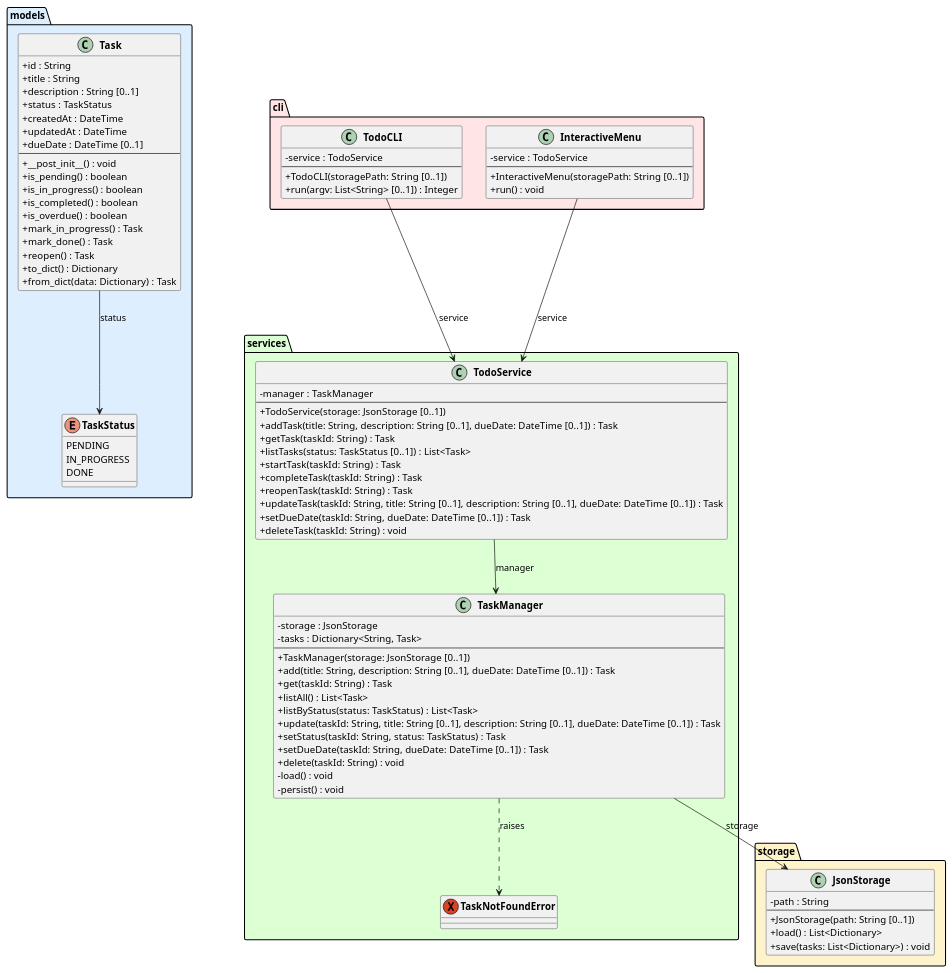
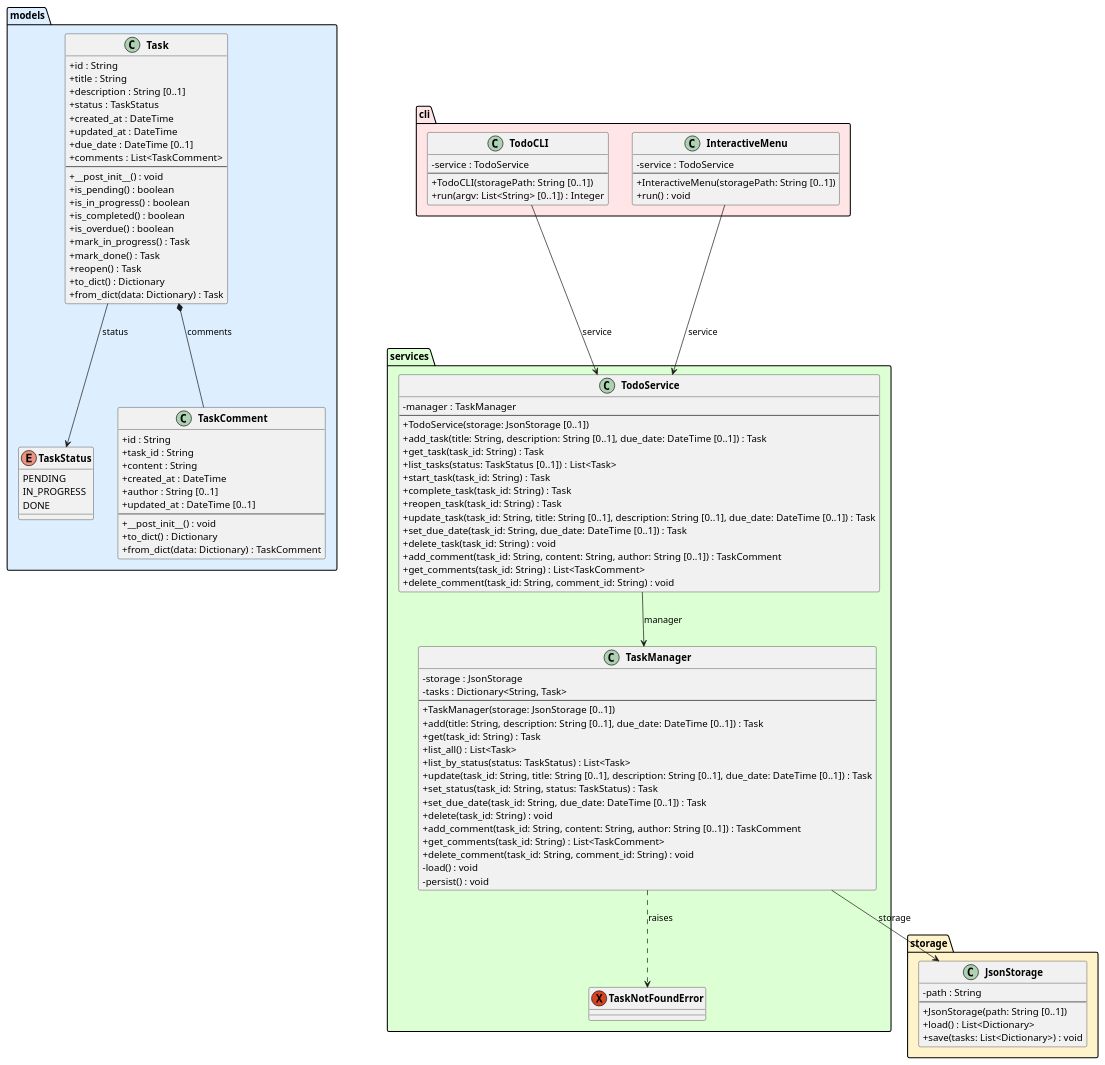
The diagram in experiments/pipeline/user_stories/TODO/artifacts/class_diagram.puml (DanielRiha8906/Software_autoevolution_using_agents), drawn with PlantUML before and after one commit. The commit also changed 9 other files, not shown here.

```diff
--- a/experiments/pipeline/user_stories/TODO/artifacts/class_diagram.puml
+++ b/experiments/pipeline/user_stories/TODO/artifacts/class_diagram.puml
@@ -1,104 +1,125 @@
 @startuml class_diagram
 
 skinparam classAttributeIconSize 0
 skinparam classFontStyle bold
 
 package "models" #DDEEFF {
     enum TaskStatus {
         PENDING
         IN_PROGRESS
         DONE
     }
 
     class Task {
         +id : String
         +title : String
         +description : String [0..1]
         +status : TaskStatus
-        +createdAt : DateTime
-        +updatedAt : DateTime
-        +dueDate : DateTime [0..1]
+        +created_at : DateTime
+        +updated_at : DateTime
+        +due_date : DateTime [0..1]
+        +comments : List<TaskComment>
         --
         +__post_init__() : void
         +is_pending() : boolean
         +is_in_progress() : boolean
         +is_completed() : boolean
         +is_overdue() : boolean
         +mark_in_progress() : Task
         +mark_done() : Task
         +reopen() : Task
         +to_dict() : Dictionary
         +from_dict(data: Dictionary) : Task
+    }
+
+    class TaskComment {
+        +id : String
+        +task_id : String
+        +content : String
+        +created_at : DateTime
+        +author : String [0..1]
+        +updated_at : DateTime [0..1]
+        --
+        +__post_init__() : void
+        +to_dict() : Dictionary
+        +from_dict(data: Dictionary) : TaskComment
     }
 }
 
 package "storage" #FFF3CC {
     class JsonStorage {
         -path : String
         --
         +JsonStorage(path: String [0..1])
         +load() : List<Dictionary>
         +save(tasks: List<Dictionary>) : void
     }
 }
 
 package "services" #DDFFD4 {
     exception TaskNotFoundError
 
     class TaskManager {
         -storage : JsonStorage
         -tasks : Dictionary<String, Task>
         --
         +TaskManager(storage: JsonStorage [0..1])
-        +add(title: String, description: String [0..1], dueDate: DateTime [0..1]) : Task
-        +get(taskId: String) : Task
-        +listAll() : List<Task>
-        +listByStatus(status: TaskStatus) : List<Task>
-        +update(taskId: String, title: String [0..1], description: String [0..1], dueDate: DateTime [0..1]) : Task
-        +setStatus(taskId: String, status: TaskStatus) : Task
-        +setDueDate(taskId: String, dueDate: DateTime [0..1]) : Task
-        +delete(taskId: String) : void
+        +add(title: String, description: String [0..1], due_date: DateTime [0..1]) : Task
+        +get(task_id: String) : Task
+        +list_all() : List<Task>
+        +list_by_status(status: TaskStatus) : List<Task>
+        +update(task_id: String, title: String [0..1], description: String [0..1], due_date: DateTime [0..1]) : Task
+        +set_status(task_id: String, status: TaskStatus) : Task
+        +set_due_date(task_id: String, due_date: DateTime [0..1]) : Task
+        +delete(task_id: String) : void
+        +add_comment(task_id: String, content: String, author: String [0..1]) : TaskComment
+        +get_comments(task_id: String) : List<TaskComment>
+        +delete_comment(task_id: String, comment_id: String) : void
         -load() : void
         -persist() : void
     }
 
     class TodoService {
         -manager : TaskManager
         --
         +TodoService(storage: JsonStorage [0..1])
-        +addTask(title: String, description: String [0..1], dueDate: DateTime [0..1]) : Task
-        +getTask(taskId: String) : Task
-        +listTasks(status: TaskStatus [0..1]) : List<Task>
-        +startTask(taskId: String) : Task
-        +completeTask(taskId: String) : Task
-        +reopenTask(taskId: String) : Task
-        +updateTask(taskId: String, title: String [0..1], description: String [0..1], dueDate: DateTime [0..1]) : Task
-        +setDueDate(taskId: String, dueDate: DateTime [0..1]) : Task
-        +deleteTask(taskId: String) : void
+        +add_task(title: String, description: String [0..1], due_date: DateTime [0..1]) : Task
+        +get_task(task_id: String) : Task
+        +list_tasks(status: TaskStatus [0..1]) : List<Task>
+        +start_task(task_id: String) : Task
+        +complete_task(task_id: String) : Task
+        +reopen_task(task_id: String) : Task
+        +update_task(task_id: String, title: String [0..1], description: String [0..1], due_date: DateTime [0..1]) : Task
+        +set_due_date(task_id: String, due_date: DateTime [0..1]) : Task
+        +delete_task(task_id: String) : void
+        +add_comment(task_id: String, content: String, author: String [0..1]) : TaskComment
+        +get_comments(task_id: String) : List<TaskComment>
+        +delete_comment(task_id: String, comment_id: String) : void
     }
 }
 
 package "cli" #FFE5E5 {
     class TodoCLI {
         -service : TodoService
         --
         +TodoCLI(storagePath: String [0..1])
         +run(argv: List<String> [0..1]) : Integer
     }
 
     class InteractiveMenu {
         -service : TodoService
         --
         +InteractiveMenu(storagePath: String [0..1])
         +run() : void
     }
 }
 
 Task --> TaskStatus : status
+Task *-- TaskComment : comments
 TaskManager --> JsonStorage : storage
 TaskManager ..> TaskNotFoundError : raises
 TodoService --> TaskManager : manager
 TodoCLI --> TodoService : service
 InteractiveMenu --> TodoService : service
 
 @enduml
```
